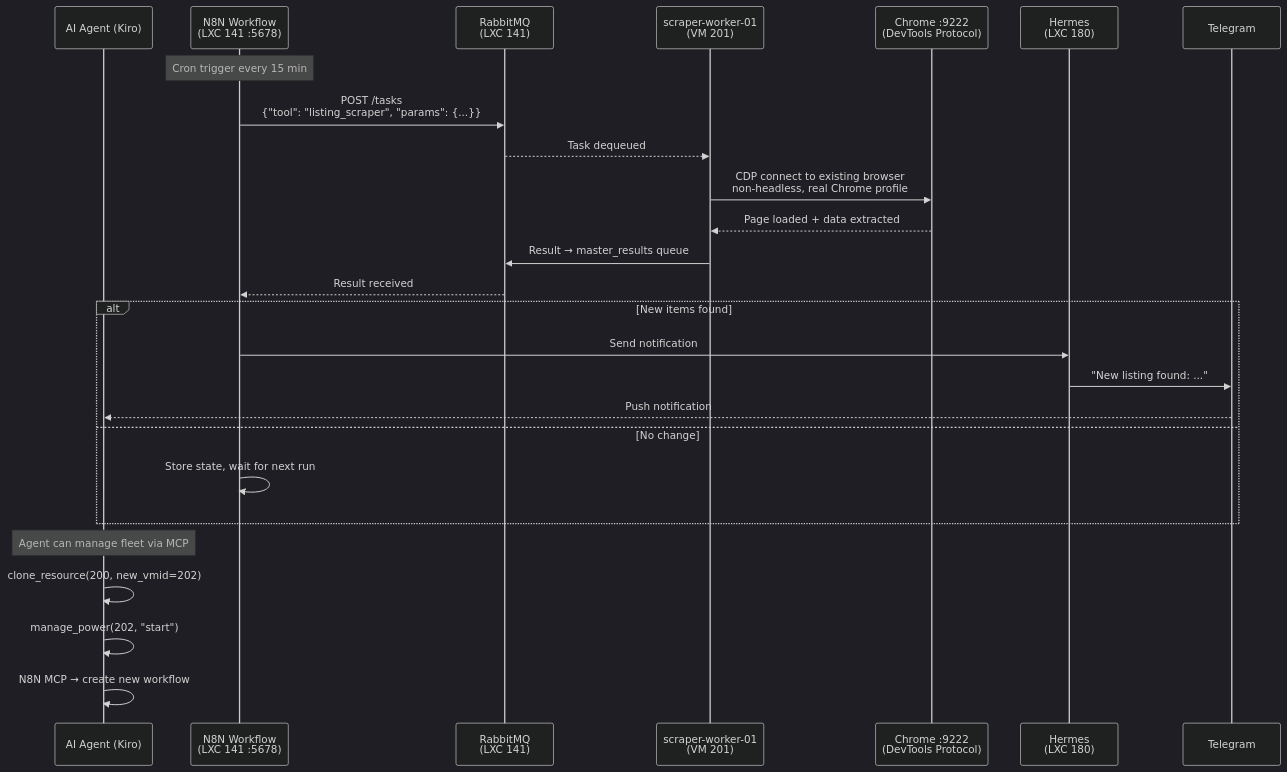
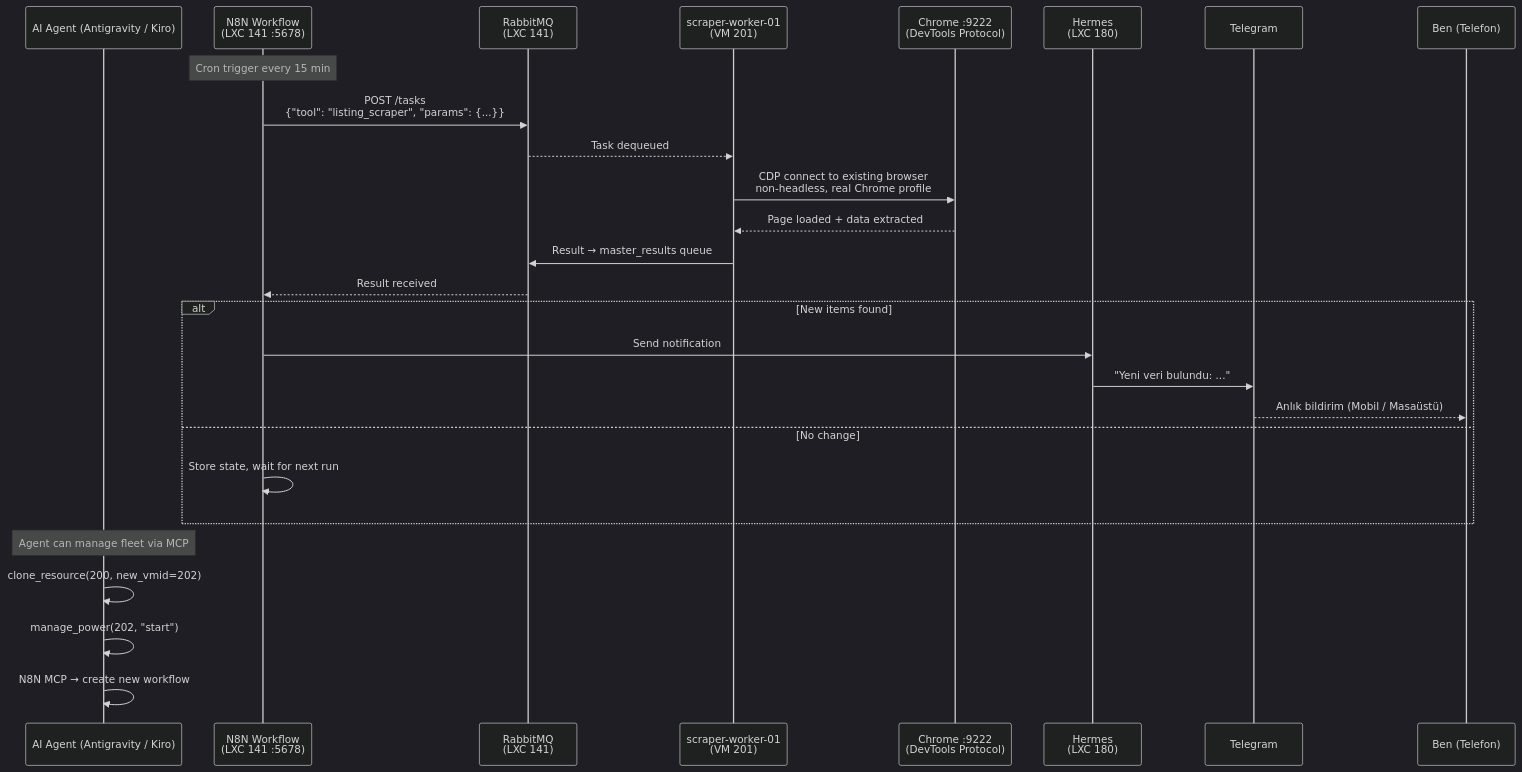
One commit to cihadkocasahan/ProxmoxHomeLab changed the diagram in diagrams/03_scraper_bot_flow.md. Above: the diagram before and after it, drawn with Mermaid (dark theme). The commit also changed 2 other files, not shown here.

Commit message:
fix(diagrams): update 9router in LXC 141, add VM 210 donor, and refine agent/user flow in diagrams

````diff
--- a/diagrams/03_scraper_bot_flow.md
+++ b/diagrams/03_scraper_bot_flow.md
@@ -3,34 +3,35 @@
 ```mermaid
 sequenceDiagram
-    participant AGENT as AI Agent (Kiro)
+    participant AGENT as AI Agent (Antigravity / Kiro)
     participant N8N as N8N Workflow<br/>(LXC 141 :5678)
     participant RMQ as RabbitMQ<br/>(LXC 141)
     participant WORKER as scraper-worker-01<br/>(VM 201)
     participant CHROME as Chrome :9222<br/>(DevTools Protocol)
     participant HERMES as Hermes<br/>(LXC 180)
     participant TG as Telegram
+    participant USER as Ben (Telefon)
 
     Note over N8N: Cron trigger every 15 min
 
     N8N->>RMQ: POST /tasks<br/>{"tool": "listing_scraper", "params": {...}}
     RMQ-->>WORKER: Task dequeued
 
     WORKER->>CHROME: CDP connect to existing browser<br/>non-headless, real Chrome profile
     CHROME-->>WORKER: Page loaded + data extracted
 
     WORKER->>RMQ: Result → master_results queue
     RMQ-->>N8N: Result received
 
     alt New items found
         N8N->>HERMES: Send notification
-        HERMES->>TG: "New listing found: ..."
-        TG-->>AGENT: Push notification
+        HERMES->>TG: "Yeni veri bulundu: ..."
+        TG-->>USER: Anlık bildirim (Mobil / Masaüstü)
     else No change
         N8N->>N8N: Store state, wait for next run
     end
 
     Note over AGENT: Agent can manage fleet via MCP
     AGENT->>AGENT: clone_resource(200, new_vmid=202)
     AGENT->>AGENT: manage_power(202, "start")
     AGENT->>AGENT: N8N MCP → create new workflow
 ```
````
